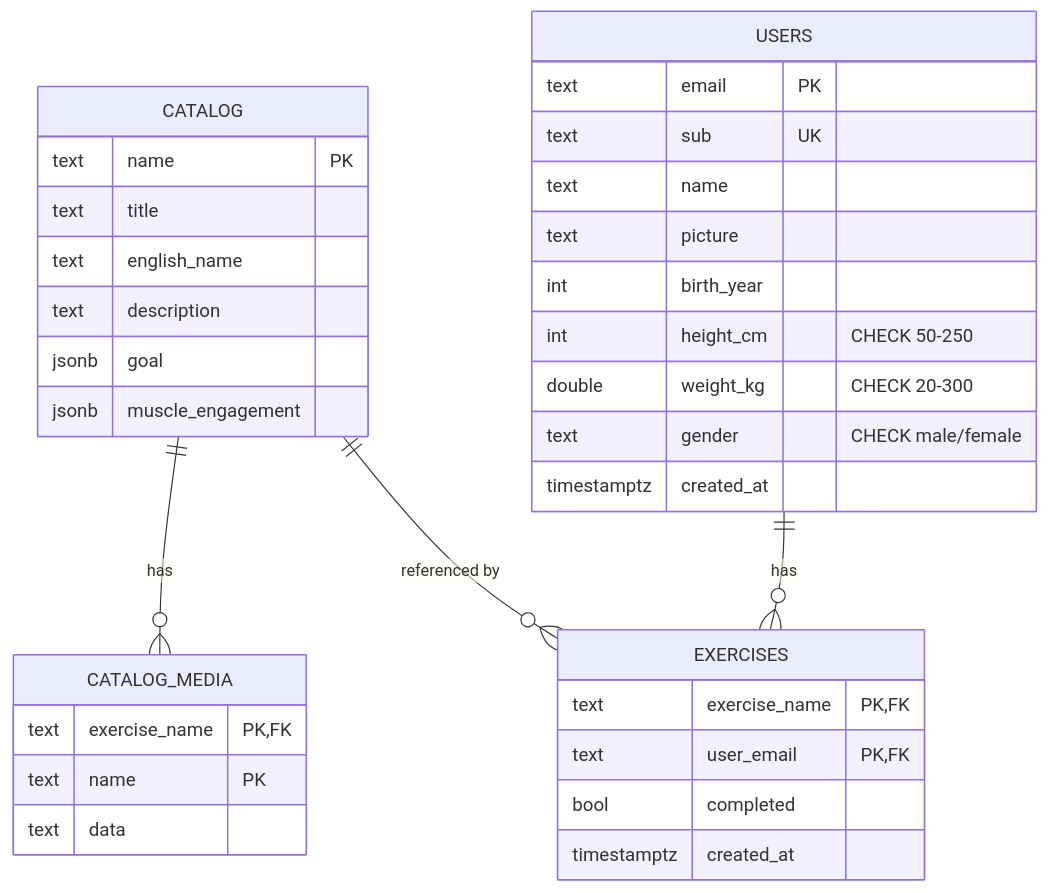
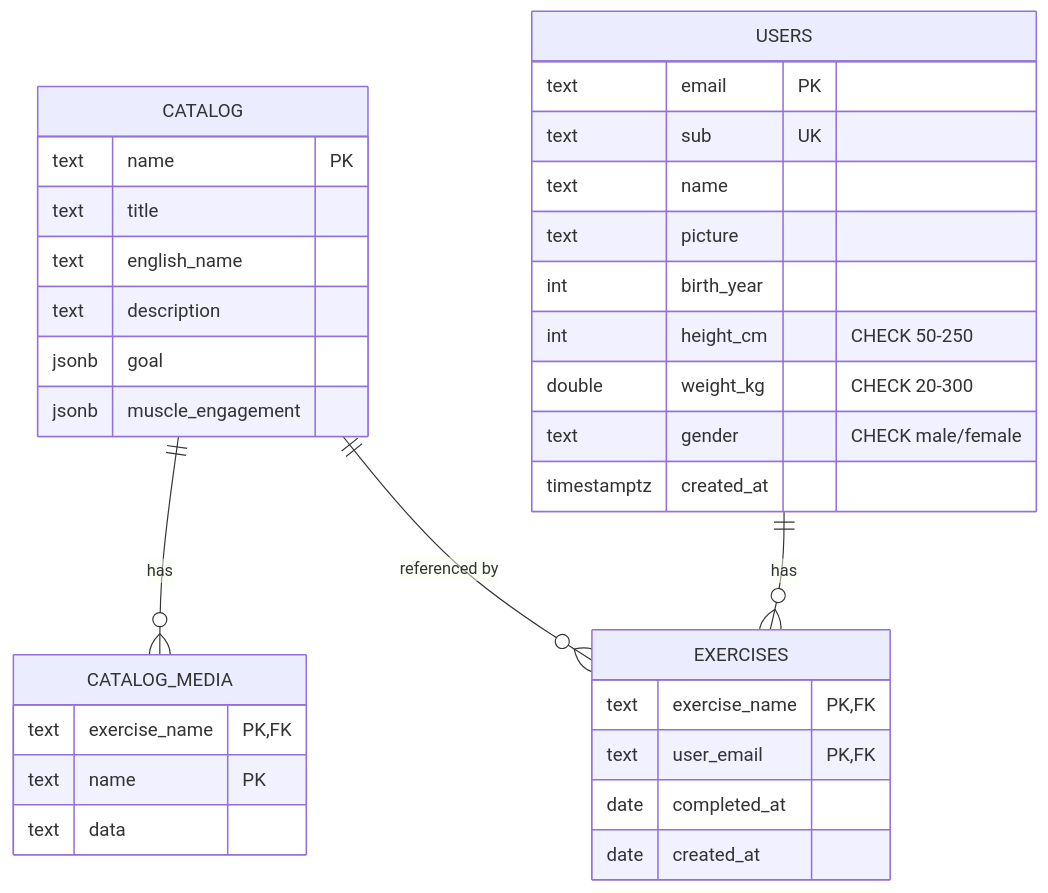
The diagram in SQL_DB/README.md (Kolomaznik/trener), drawn with Mermaid before and after one commit. The commit also changed other lines of this file and 18 other files, not shown here.

````diff
--- a/SQL_DB/README.md
+++ b/SQL_DB/README.md
@@ -17,36 +17,36 @@
 ```mermaid
 erDiagram
     CATALOG {
         text name PK
         text title
         text english_name
         text description
         jsonb goal
         jsonb muscle_engagement
     }
     CATALOG_MEDIA {
         text exercise_name PK,FK
         text name PK
         text data
     }
     USERS {
         text email PK
         text sub UK
         text name
         text picture
         int birth_year
         int height_cm "CHECK 50-250"
         double weight_kg "CHECK 20-300"
         text gender "CHECK male/female"
         timestamptz created_at
     }
     EXERCISES {
         text exercise_name PK,FK
         text user_email PK,FK
-        bool completed
-        timestamptz created_at
+        date completed_at
+        date created_at
     }
     CATALOG ||--o{ CATALOG_MEDIA : "has"
     USERS ||--o{ EXERCISES : "has"
     CATALOG ||--o{ EXERCISES : "referenced by"
 ```
````
